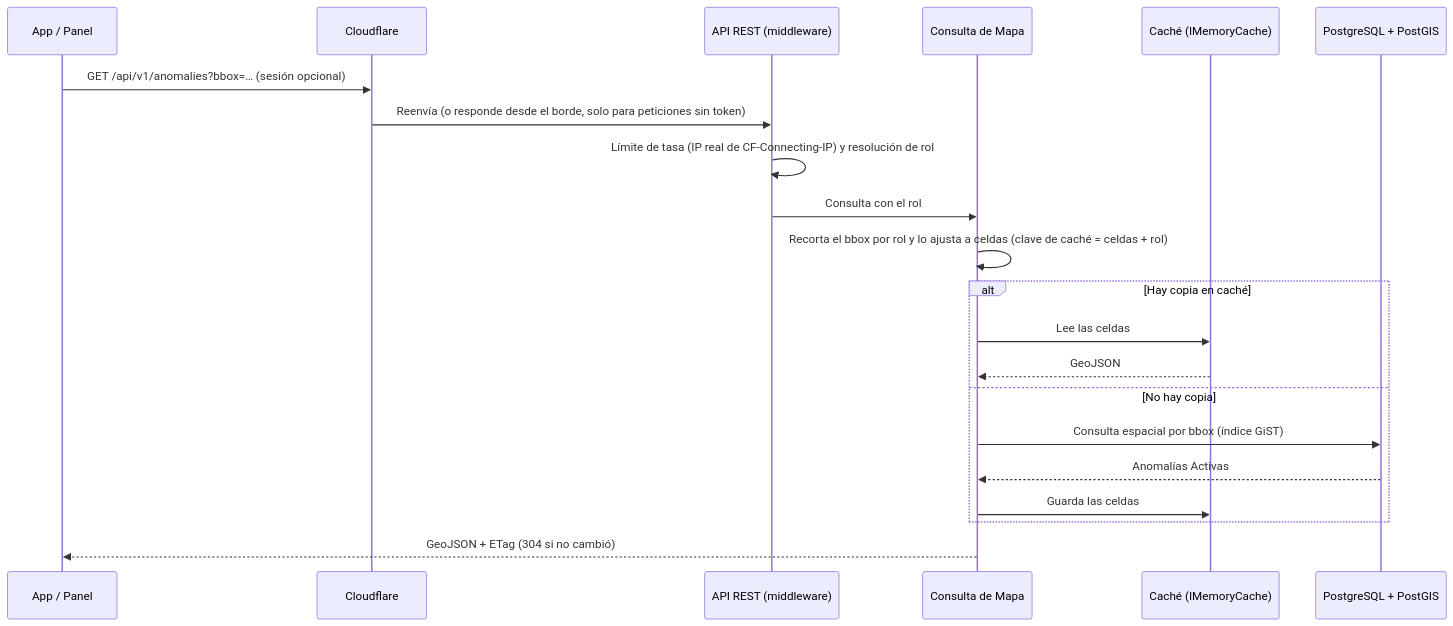
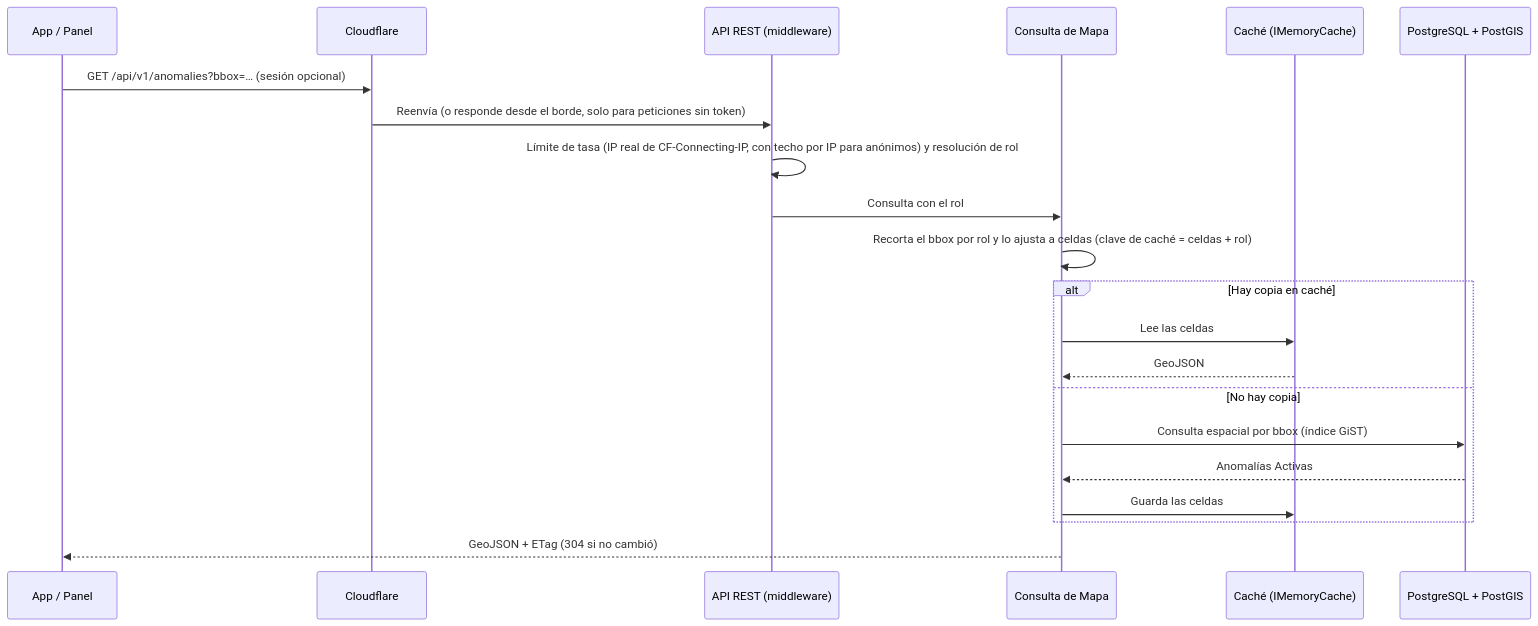
One commit to Crisso29/KillaUru_Sprint01 changed the second of 2 diagrams in docs/02-arquitectura-de-software/arquitectura-inicial.md. Above: the diagram before and after it, drawn with Mermaid. The commit also changed other lines of this file and 443 other files, not shown here.

````diff
--- a/docs/02-arquitectura-de-software/arquitectura-inicial.md
+++ b/docs/02-arquitectura-de-software/arquitectura-inicial.md
@@ -70,24 +70,24 @@
 ```mermaid
 sequenceDiagram
     participant U as App / Panel
     participant CF as Cloudflare
     participant R as API REST (middleware)
     participant M as Consulta de Mapa
     participant K as Caché (IMemoryCache)
     participant DB as PostgreSQL + PostGIS
 
     U->>CF: GET /api/v1/anomalies?bbox=… (sesión opcional)
     CF->>R: Reenvía (o responde desde el borde, solo para peticiones sin token)
-    R->>R: Límite de tasa (IP real de CF-Connecting-IP) y resolución de rol
+    R->>R: Límite de tasa (IP real de CF-Connecting-IP, con techo por IP para anónimos) y resolución de rol
     R->>M: Consulta con el rol
     M->>M: Recorta el bbox por rol y lo ajusta a celdas (clave de caché = celdas + rol)
     alt Hay copia en caché
         M->>K: Lee las celdas
         K-->>M: GeoJSON
     else No hay copia
         M->>DB: Consulta espacial por bbox (índice GiST)
         DB-->>M: Anomalías Activas
         M->>K: Guarda las celdas
     end
     M-->>U: GeoJSON + ETag (304 si no cambió)
 ```
````
